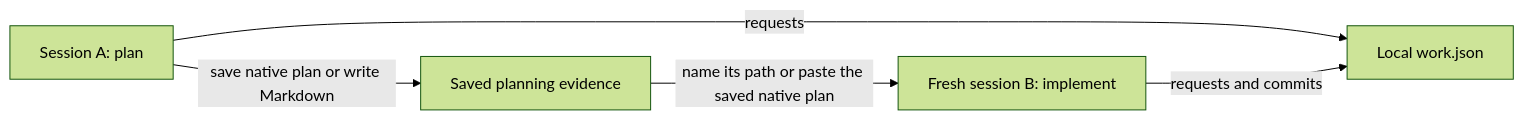
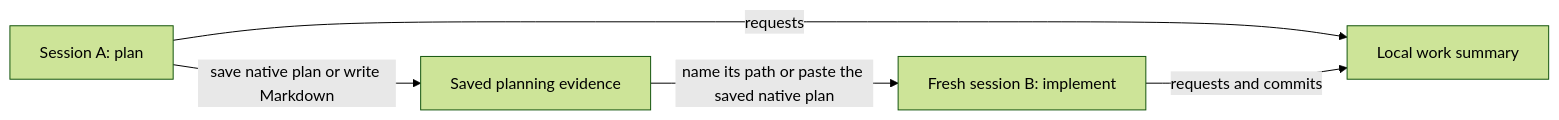
One commit to getkimchi/kimchi changed the first of 8 diagrams in docs/work-attribution.md. Above: the diagram before and after it, drawn with Mermaid (forest theme). The commit also changed other lines of this file and 1 other file, not shown here.

Commit message:
docs: describe work summary row logs

````diff
--- a/docs/work-attribution.md
+++ b/docs/work-attribution.md
@@ -41,7 +43,7 @@
 ```mermaid
 flowchart LR
     A["Session A: plan"] -->|save native plan or write Markdown| P["Saved planning evidence"]
     P -->|name its path or paste the saved native plan| B["Fresh session B: implement"]
-    A -->|requests| W["Local work.json"]
+    A -->|requests| W["Local work summary"]
     B -->|requests and commits| W
 ```
````
